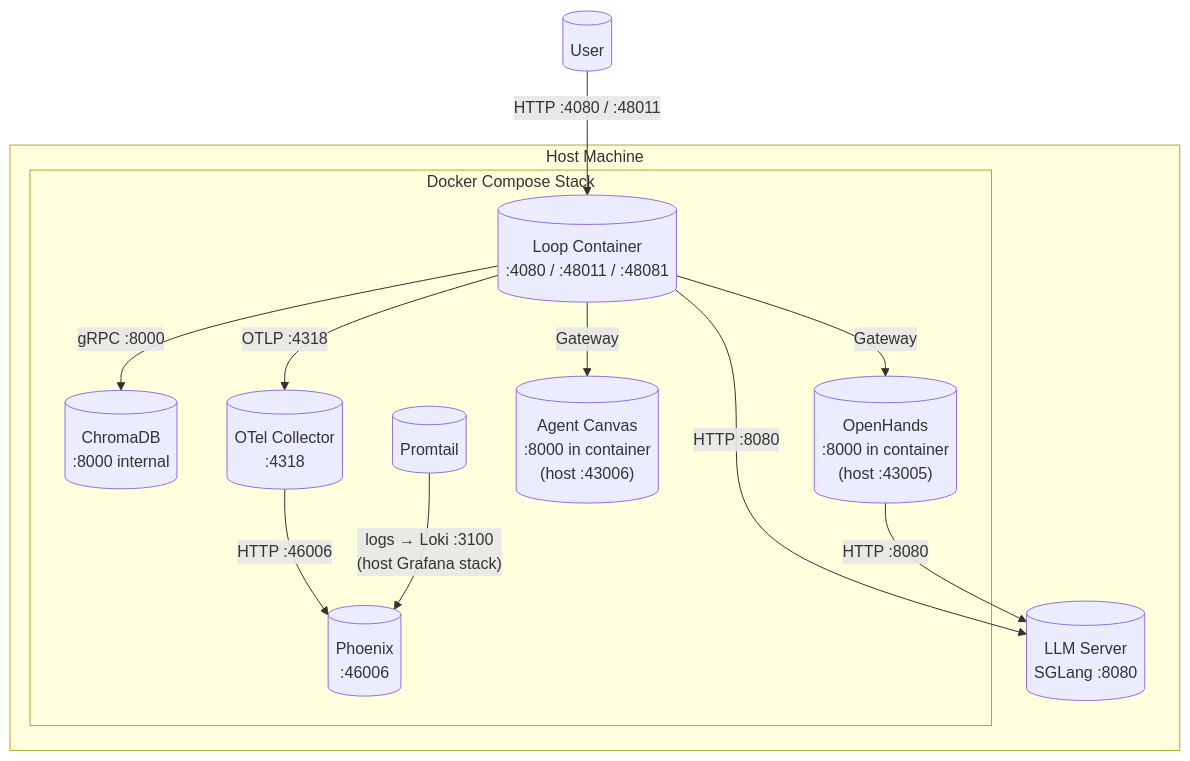
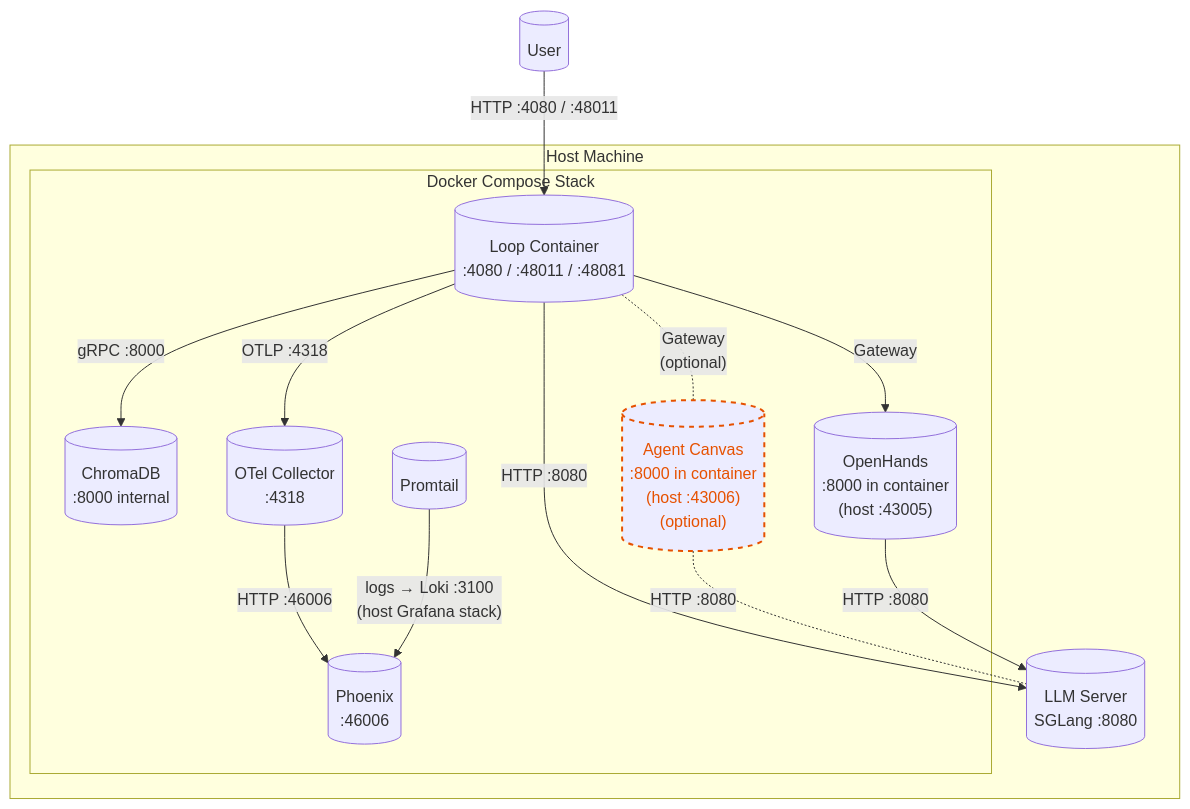
Before and after one commit to terrygzhou/loop_engineering_factory: the fourth of 4 diagrams in README.md, drawn with Mermaid. The commit also changed other lines of this file, not shown here.

Commit message:
docs(readme): highlight optional canvas service with dashed lines
- Canvas node labeled '(optional)' in both Container + Deployment diagrams
- Deployment diagram: canvas edges (LC->CV, CV->LLM) rendered dashed (dash-dot -.-)
- classDef optional (orange dashed stroke) applied to Canvas/CV nodes

````diff
--- a/README.md
+++ b/README.md
@@ -186,29 +188,33 @@
 ```mermaid
 graph TB
     U[("User")]
 
     subgraph Host["Host Machine"]
         LLM_C[("LLM Server<br/>SGLang :8080")]
 
         subgraph DockerStack["Docker Compose Stack"]
             LC[("Loop Container<br/>:4080 / :48011 / :48081")]
             CC[("ChromaDB<br/>:8000 internal")]
             OC[("OTel Collector<br/>:4318")]
             PH[("Phoenix<br/>:46006")]
             OH[("OpenHands<br/>:8000 in container<br/>(host :43005)")]
-            CV[("Agent Canvas<br/>:8000 in container<br/>(host :43006)")]
+            CV[("Agent Canvas<br/>:8000 in container<br/>(host :43006)<br/>(optional)")]
             PT[("Promtail")]
         end
     end
 
     U -->|"HTTP :4080 / :48011"| LC
     LC -->|"gRPC :8000"| CC
     LC -->|"OTLP :4318"| OC
     LC -->|"HTTP :8080"| LLM_C
     LC -->|"Gateway"| OH
-    LC -->|"Gateway"| CV
+    LC -.-|"Gateway<br/>(optional)"| CV
+    CV -.-|"HTTP :8080"| LLM_C
     OH -->|"HTTP :8080"| LLM_C
     OC -->|"HTTP :46006"| PH
     PT -->|"logs → Loki :3100<br/>(host Grafana stack)"| PH
 
+    classDef optional stroke-dasharray: 5 5,stroke:#E65100,stroke-width:2px,color:#E65100
+    class CV optional
+
 ```
````
